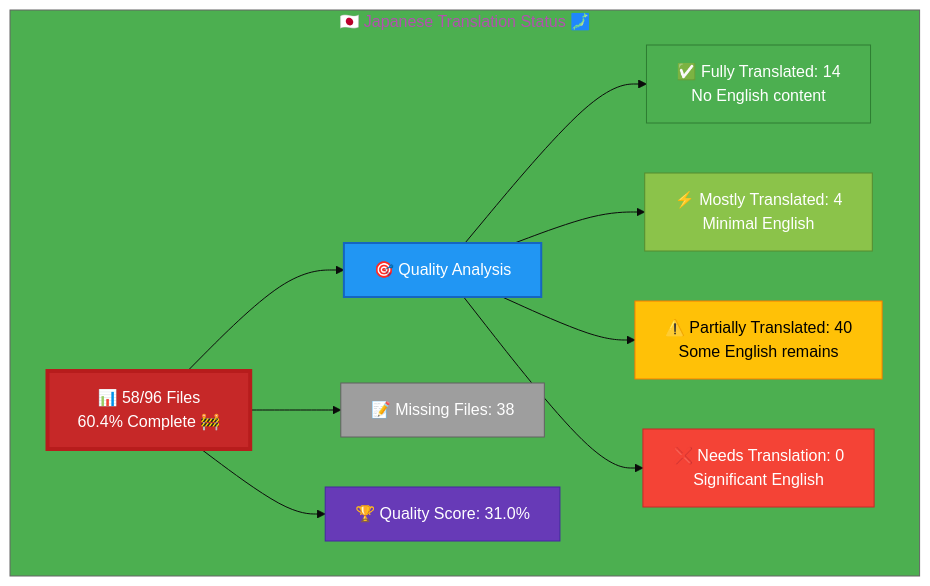
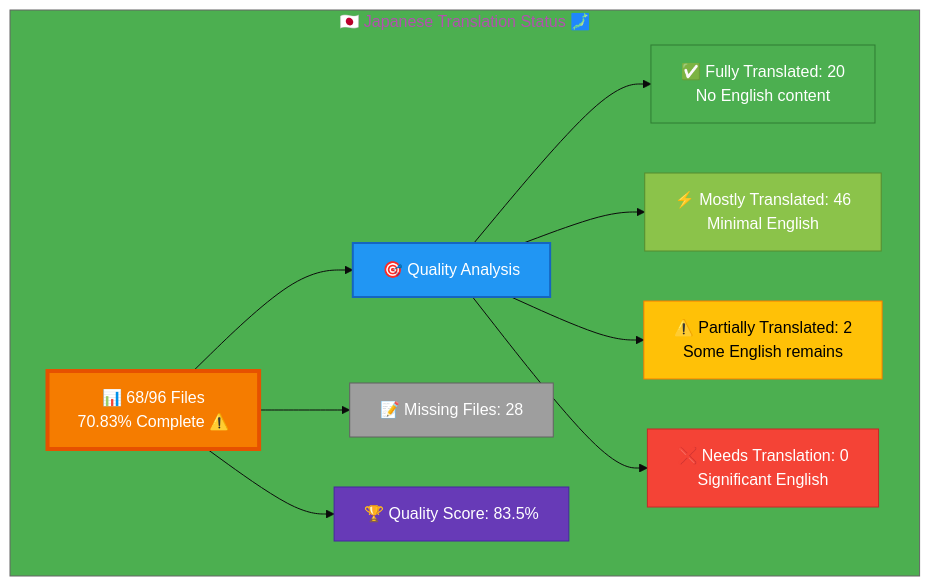
The diagram in Japanese-Translation-Status.md (Hack23/homepage), drawn with Mermaid before and after one commit. The commit also changed other lines of this file and 9 other files, not shown here.

````diff
--- a/Japanese-Translation-Status.md
+++ b/Japanese-Translation-Status.md
@@ -12,26 +12,26 @@
 ```mermaid
-%%{init: {'theme':'base', 'themeVariables': {'primaryColor':'#C62828','secondaryColor':'#2196F3','tertiaryColor':'#4CAF50','fontSize':'16px'}}}%%
+%%{init: {'theme':'base', 'themeVariables': {'primaryColor':'#F57C00','secondaryColor':'#2196F3','tertiaryColor':'#4CAF50','fontSize':'16px'}}}%%
 graph TB
     subgraph "🇯🇵 Japanese Translation Status 🗾"
-        A["📊 58/96 Files<br/>60.4% Complete 🚧"]
+        A["📊 68/96 Files<br/>70.83% Complete ⚠️ "]
         
         A --> B["🎯 Quality Analysis"]
-        B --> C["✅ Fully Translated: 14<br/>No English content"]
-        B --> D["⚡ Mostly Translated: 4<br/>Minimal English"]
-        B --> E["⚠️  Partially Translated: 40<br/>Some English remains"]
+        B --> C["✅ Fully Translated: 20<br/>No English content"]
+        B --> D["⚡ Mostly Translated: 46<br/>Minimal English"]
+        B --> E["⚠️  Partially Translated: 2<br/>Some English remains"]
         B --> F["❌ Needs Translation: 0<br/>Significant English"]
         
-        A --> G["📝 Missing Files: 38"]
+        A --> G["📝 Missing Files: 28"]
         
-        A --> H["🏆 Quality Score: 31.0%"]
+        A --> H["🏆 Quality Score: 83.5%"]
         
-        style A fill:#C62828,stroke:#B71C1C,color:#fff,stroke-width:4px
+        style A fill:#F57C00,stroke:#E65100,color:#fff,stroke-width:4px
         style B fill:#2196F3,stroke:#1565C0,color:#fff,stroke-width:2px
         style C fill:#4CAF50,stroke:#2E7D32,color:#fff
         style D fill:#8BC34A,stroke:#558B2F,color:#fff
         style E fill:#FFC107,stroke:#F57C00,color:#000
         style F fill:#F44336,stroke:#C62828,color:#fff
         style G fill:#9E9E9E,stroke:#616161,color:#fff
         style H fill:#673AB7,stroke:#4527A0,color:#fff
     end
 ```
````
